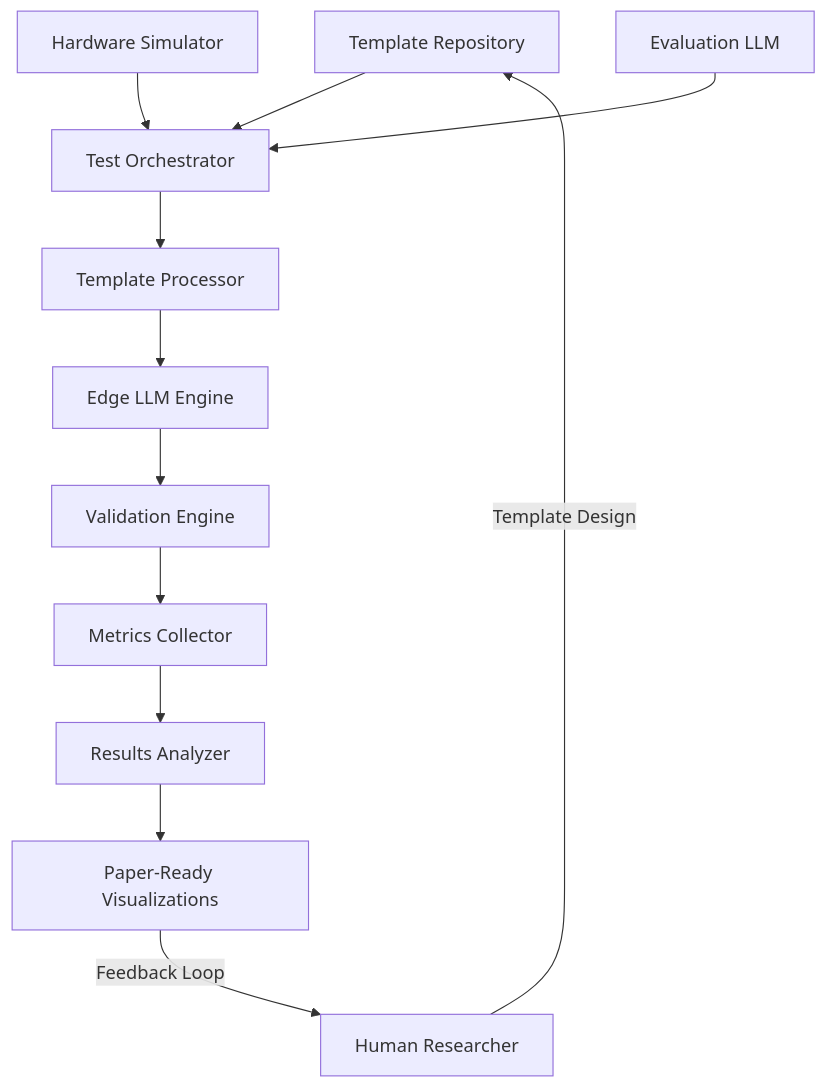
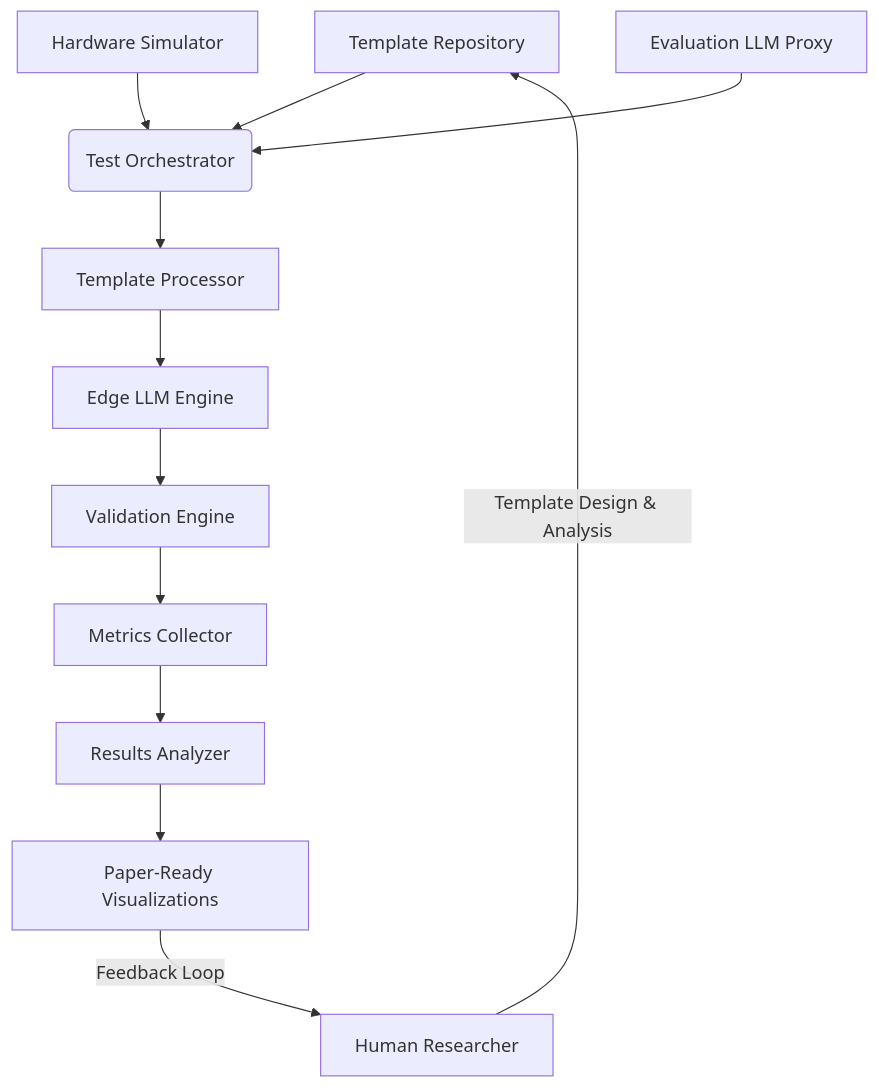
The diagram in docs/specifications/PROMPT_ENGINEERING.md (cyharyanto/edge-prompt), drawn with Mermaid before and after one commit. The commit also changed other lines of this file and 39 other files, not shown here.

````diff
--- a/docs/specifications/PROMPT_ENGINEERING.md
+++ b/docs/specifications/PROMPT_ENGINEERING.md
@@ -18,17 +34,17 @@
 ```mermaid
 graph TD
-    A[Template Repository] --> B[Test Orchestrator]
+    A[Template Repository] --> B(Test Orchestrator)
     C[Hardware Simulator] --> B
-    D[Evaluation LLM] --> B
-    
+    D[Evaluation LLM Proxy] --> B
+
     B --> E[Template Processor]
     E --> F[Edge LLM Engine]
     F --> G[Validation Engine]
-    
+
     G --> H[Metrics Collector]
     H --> I[Results Analyzer]
     I --> J[Paper-Ready Visualizations]
-    
-    K[Human Researcher] -->|Template Design| A
-    J -->|Feedback Loop| K
+
+    K[Human Researcher] -- Template Design & Analysis --> A
+    J -- Feedback Loop --> K
 ```
````
